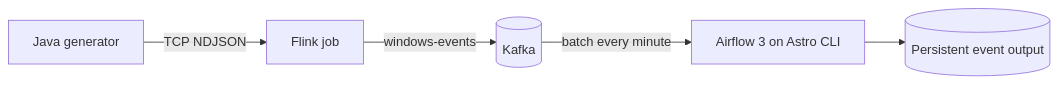
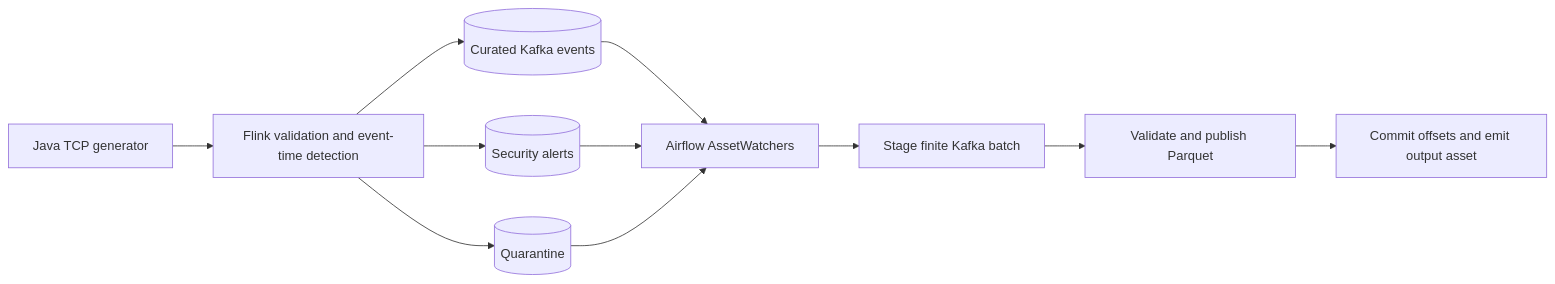
The diagram in README.md (vikramaditya-tatke/kafka-flink-airflow-pipeline), drawn with Mermaid before and after one commit. The commit also changed other lines of this file and 23 other files, not shown here.

Commit message:
feat(pipeline): publish asset-triggered Parquet batches

````diff
--- a/README.md
+++ b/README.md
@@ -31,7 +12,11 @@
 ```mermaid
 flowchart LR
-    Producer[Java generator] -->|TCP NDJSON| Flink[Flink job]
-    Flink -->|windows-events| Kafka[(Kafka)]
-    Kafka -->|batch every minute| Airflow[Airflow 3 on Astro CLI]
-    Airflow --> SQLite[(Persistent event output)]
+    Producer[Java TCP generator] --> Flink[Flink validation and event-time detection]
+    Flink --> Events[(Curated Kafka events)]
+    Flink --> Alerts[(Security alerts)]
+    Flink --> Quarantine[(Quarantine)]
+    Events & Alerts & Quarantine --> Watchers[Airflow AssetWatchers]
+    Watchers --> Stage[Stage finite Kafka batch]
+    Stage --> Publish[Validate and publish Parquet]
+    Publish --> Commit[Commit offsets and emit output asset]
 ```
````
